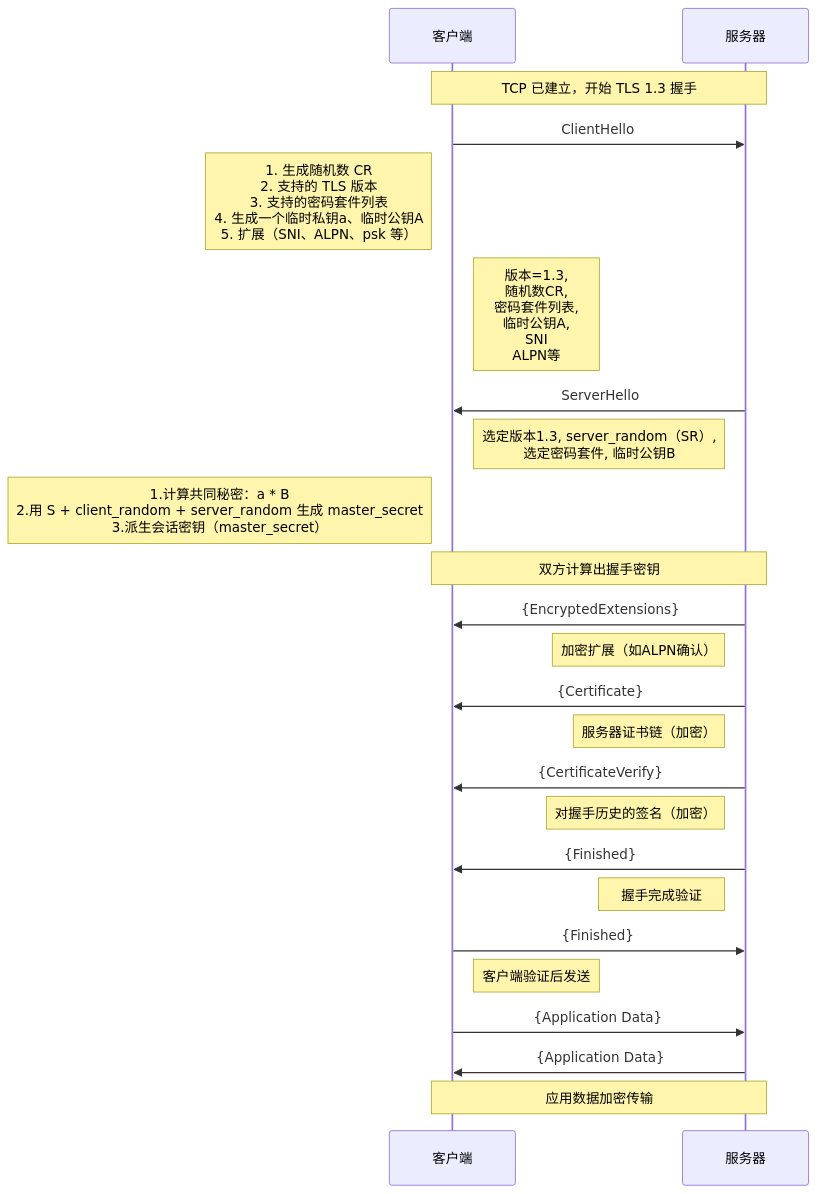
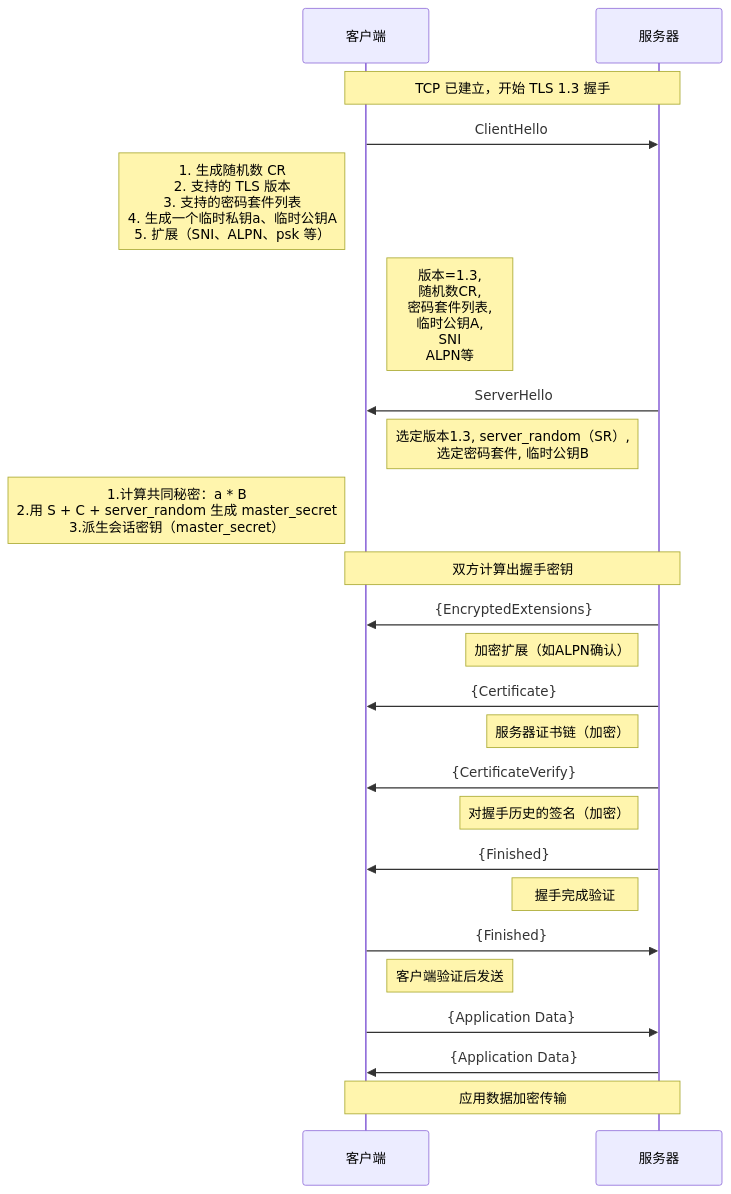
Before and after one commit to HY-10-8/iodraw-files: the diagram in all/TLS-1.3-通用.md, drawn with Mermaid.

Commit message:
2026-03-30 18:00:20 update

````diff
--- a/all/TLS-1.3-通用.md
+++ b/all/TLS-1.3-通用.md
@@ -1,36 +1,36 @@
 ```mermaid
 sequenceDiagram
     participant C as 客户端
     participant S as 服务器
 
     Note over C,S: TCP 已建立，开始 TLS 1.3 握手
 
     C->>S: ClientHello
     Note left of C: 1. 生成随机数 CR<br/> 2. 支持的 TLS 版本<br/> 3. 支持的密码套件列表<br/> 4. 生成一个临时私钥a、临时公钥A<br/> 5. 扩展（SNI、ALPN、psk 等）
     Note right of C: 版本=1.3,<br/> 随机数CR,<br/> 密码套件列表,<br/> 临时公钥A,<br/> SNI<br/> ALPN等
 
     S->>C: ServerHello
     Note left of S: 选定版本1.3, server_random（SR）,<br/> 选定密码套件, 临时公钥B
-    Note left of C: 1.计算共同秘密：a * B<br/> 2.用 S + client_random + server_random 生成 master_secret<br/> 3.派生会话密钥（master_secret）
+    Note left of C: 1.计算共同秘密：a * B<br/> 2.用 S + C + server_random 生成 master_secret<br/> 3.派生会话密钥（master_secret）
 
     Note over C,S: 双方计算出握手密钥
 
     S->>C: {EncryptedExtensions}
     Note left of S: 加密扩展（如ALPN确认）
 
     S->>C: {Certificate}
     Note left of S: 服务器证书链（加密）
 
     S->>C: {CertificateVerify}
     Note left of S: 对握手历史的签名（加密）
 
     S->>C: {Finished}
     Note left of S: 握手完成验证
 
     C->>S: {Finished}
     Note right of C: 客户端验证后发送
 
     C->>S: {Application Data}
     S->>C: {Application Data}
     Note over C,S: 应用数据加密传输
 ```
````
